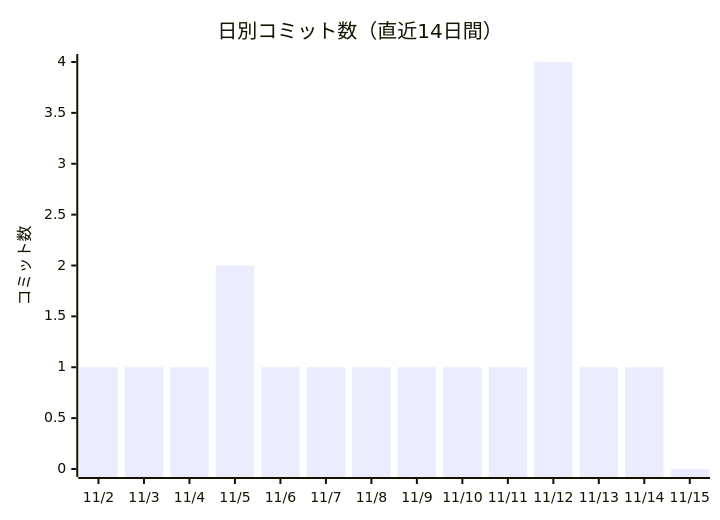
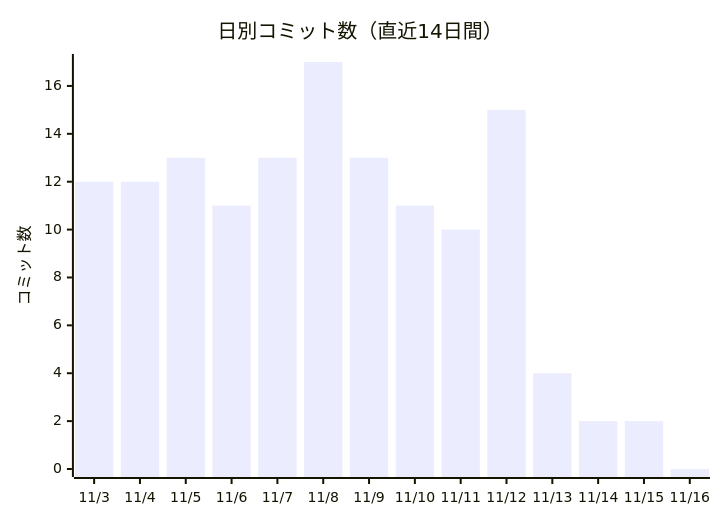
One commit to non-x2/non-x2 changed the first of 2 diagrams in docs/進化レポート.md. Above: the diagram before and after it, drawn with Mermaid. The commit also changed other lines of this file and 1 other file, not shown here.

````diff
--- a/docs/進化レポート.md
+++ b/docs/進化レポート.md
@@ -25,7 +25,7 @@
 ```mermaid
 xychart-beta
     title "日別コミット数（直近14日間）"
-    x-axis ["11/2", "11/3", "11/4", "11/5", "11/6", "11/7", "11/8", "11/9", "11/10", "11/11", "11/12", "11/13", "11/14", "11/15"]
+    x-axis ["11/3", "11/4", "11/5", "11/6", "11/7", "11/8", "11/9", "11/10", "11/11", "11/12", "11/13", "11/14", "11/15", "11/16"]
     y-axis "コミット数"
-    bar [1, 1, 1, 2, 1, 1, 1, 1, 1, 1, 4, 1, 1, 0]
+    bar [12, 12, 13, 11, 13, 17, 13, 11, 10, 15, 4, 2, 2, 0]
 ```
````
